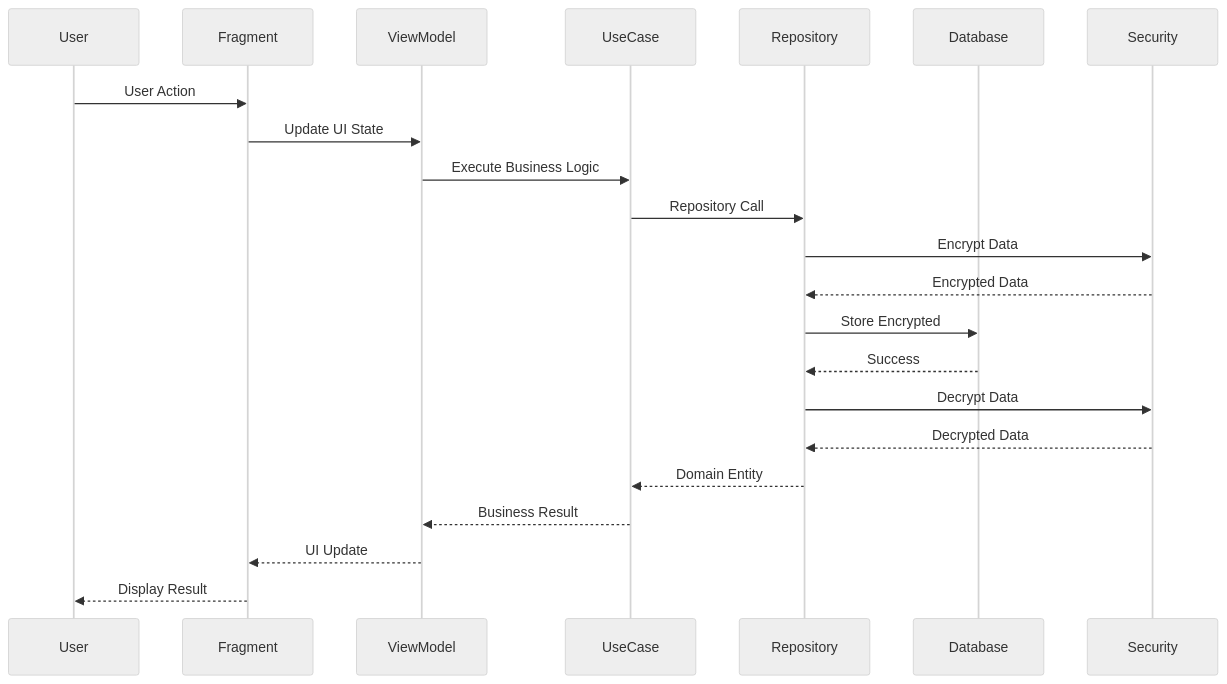
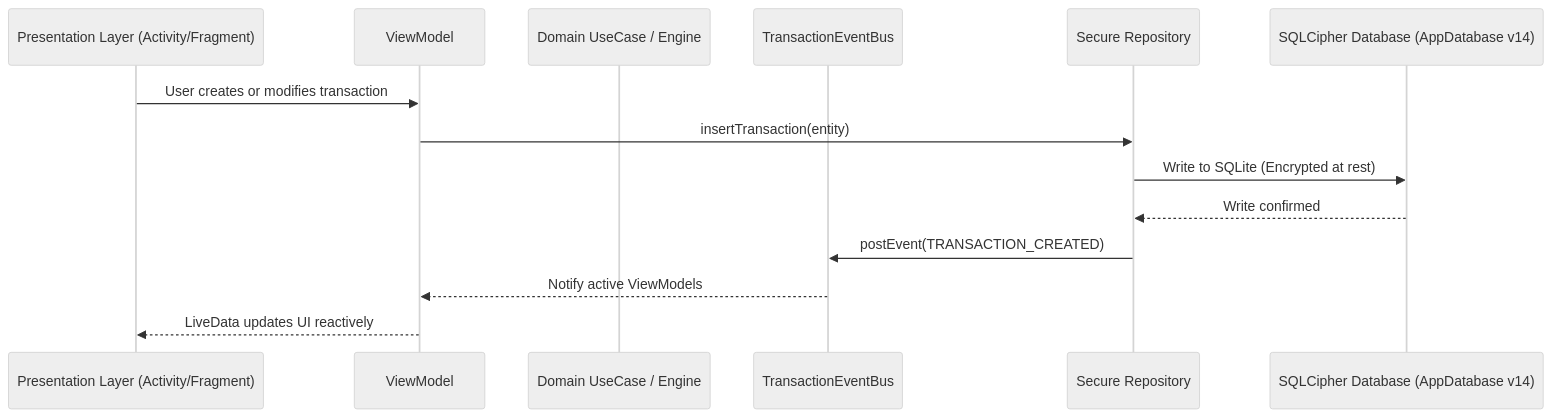
One commit to maurihimanshu/expenso-docs changed the fourth of 4 diagrams in README.md. Above: the diagram before and after it, drawn with Mermaid (neutral theme). The commit also changed other lines of this file and 7 other files, not shown here.

````diff
--- a/README.md
+++ b/README.md
@@ -297,25 +272,17 @@
 ```mermaid
 sequenceDiagram
-    participant U as User
-    participant F as Fragment
-    participant V as ViewModel
-    participant UC as UseCase
-    participant R as Repository
-    participant DB as Database
-    participant S as Security
+    participant UI as Presentation Layer (Activity/Fragment)
+    participant VM as ViewModel
+    participant UC as Domain UseCase / Engine
+    participant TEB as TransactionEventBus
+    participant R as Secure Repository
+    participant DB as SQLCipher Database (AppDatabase v14)
     
-    U->>F: User Action
-    F->>V: Update UI State
-    V->>UC: Execute Business Logic
-    UC->>R: Repository Call
-    R->>S: Encrypt Data
-    S-->>R: Encrypted Data
-    R->>DB: Store Encrypted
-    DB-->>R: Success
-    R->>S: Decrypt Data
-    S-->>R: Decrypted Data
-    R-->>UC: Domain Entity
-    UC-->>V: Business Result
-    V-->>F: UI Update
-    F-->>U: Display Result
+    UI->>VM: User creates or modifies transaction
+    VM->>R: insertTransaction(entity)
+    R->>DB: Write to SQLite (Encrypted at rest)
+    DB-->>R: Write confirmed
+    R->>TEB: postEvent(TRANSACTION_CREATED)
+    TEB-->>VM: Notify active ViewModels
+    VM-->>UI: LiveData updates UI reactively
 ```
````
